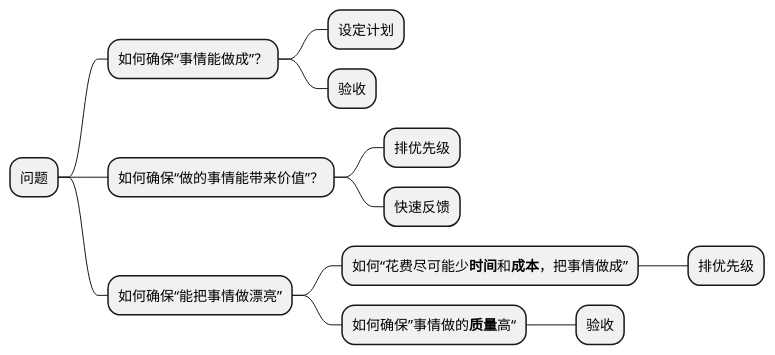
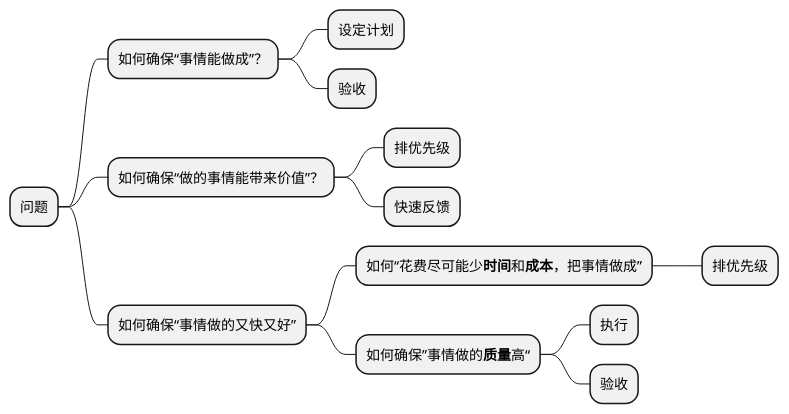
The fifth of 12 diagrams in content/insights/what_is_agile/index.zh-cn.raw.md (lem-org/lem-org.github.io), drawn with PlantUML before and after one commit. The commit also changed other lines of this file and 14 other files, not shown here.

````diff
--- a/content/insights/what_is_agile/index.zh-cn.raw.md
+++ b/content/insights/what_is_agile/index.zh-cn.raw.md
@@ -51,16 +86,17 @@
 ```plantuml
 @startmindmap
 * 问题
     * 如何确保“事情能做成”？
         * 设定计划
         * 验收
     * 如何确保“做的事情能带来价值”？
         * 排优先级
         * 快速反馈
-    * 如何确保“能把事情做漂亮”
+    * 如何确保“事情做的又快又好”
         * 如何“花费尽可能少**时间**和**成本**，把事情做成”
             * 排优先级
         * 如何确保”事情做的**质量**高“
+            * 执行
             * 验收
 @endmindmap
 ```
````
